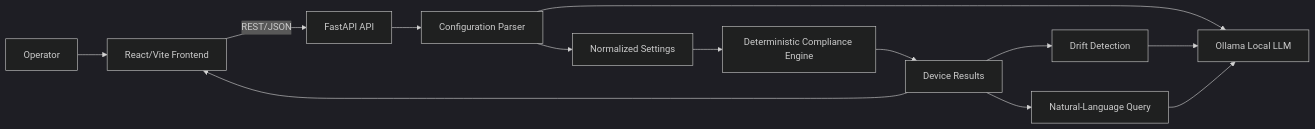
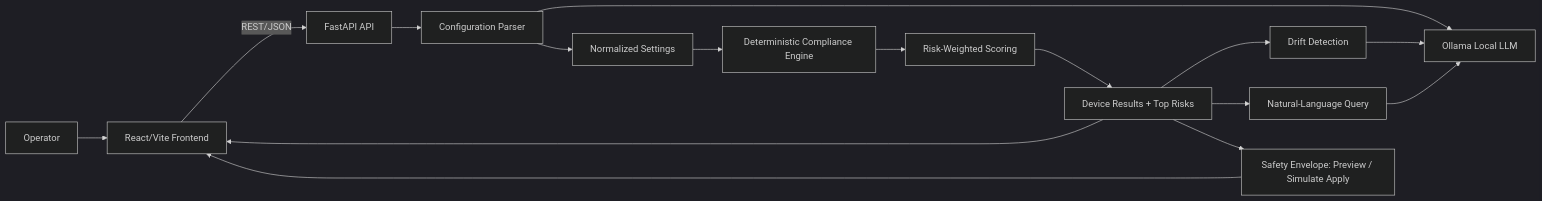
One commit to Nitin-1947/prototype changed the second of 4 diagrams in README.md. Above: the diagram before and after it, drawn with Mermaid (dark theme). The commit also changed other lines of this file, not shown here.

````diff
--- a/README.md
+++ b/README.md
@@ -35,15 +96,18 @@
 ```mermaid
 flowchart LR
     U[Operator] --> F[React/Vite Frontend]
     F -->|REST/JSON| A[FastAPI API]
     A --> P[Configuration Parser]
     P --> O[Ollama Local LLM]
     P --> S[Normalized Settings]
     S --> R[Deterministic Compliance Engine]
-    R --> D[Device Results]
+    R --> RW[Risk-Weighted Scoring]
+    RW --> D[Device Results + Top Risks]
     D --> F
     D --> DR[Drift Detection]
     D --> Q[Natural-Language Query]
+    D --> SE[Safety Envelope: Preview / Simulate Apply]
+    SE --> F
     DR --> O
     Q --> O
 ```
````
